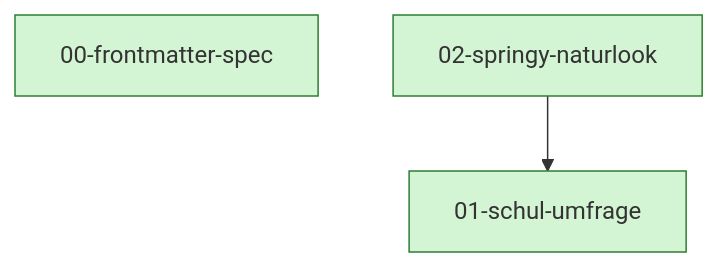
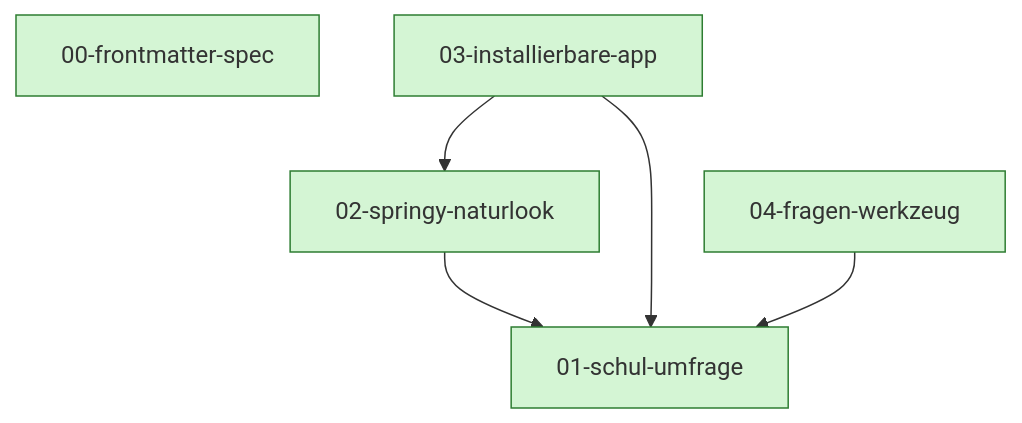
One commit to JanderHungrige/wieisses changed the diagram in .mdd/connections.md. Above: the diagram before and after it, drawn with Mermaid. The commit also changed other lines of this file and 21 other files, not shown here.

````diff
--- a/.mdd/connections.md
+++ b/.mdd/connections.md
@@ -21,11 +23,16 @@
 ```mermaid
 graph TD
   D00["00-frontmatter-spec"]:::complete
   D01["01-schul-umfrage"]:::complete
   D02["02-springy-naturlook"]:::complete
+  D03["03-installierbare-app"]:::complete
+  D04["04-fragen-werkzeug"]:::complete
   D02 --> D01
+  D03 --> D01
+  D03 --> D02
+  D04 --> D01
   classDef complete fill:#d4f5d4,stroke:#2e7d32
   classDef in_progress fill:#fff4cc,stroke:#b8860b
   classDef draft fill:#eeeeee,stroke:#888888
   classDef deprecated fill:#f5d4d4,stroke:#a33
 ```
````
